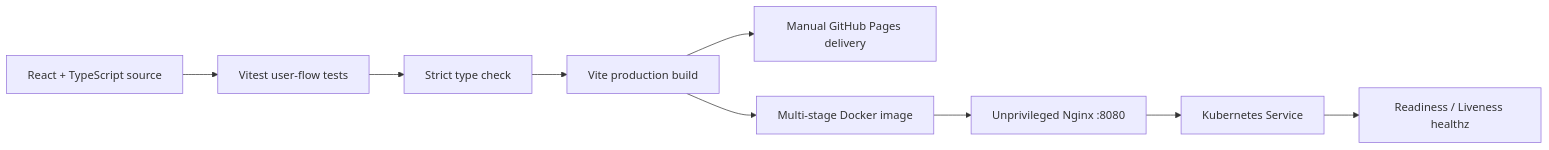
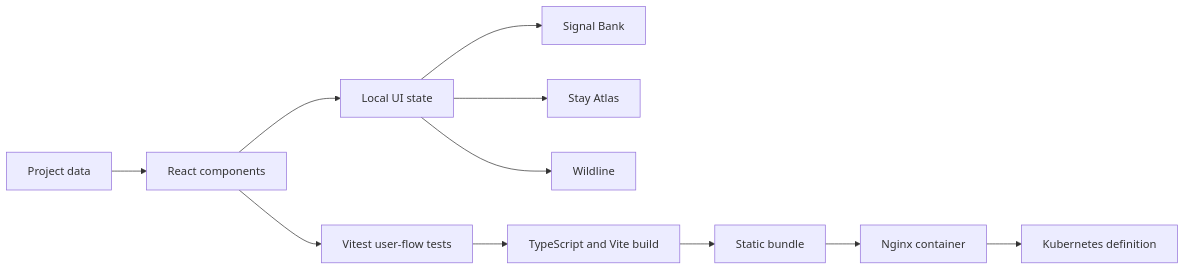
The diagram in README.md (taeyoungk-dev/trending_pages), drawn with Mermaid before and after one commit. The commit also changed other lines of this file and 6 other files, not shown here.

````diff
--- a/README.md
+++ b/README.md
@@ -120,11 +142,13 @@
 ```mermaid
 flowchart LR
-  A[React + TypeScript source] --> B[Vitest user-flow tests]
-  B --> C[Strict type check]
-  C --> D[Vite production build]
-  D --> E[Manual GitHub Pages delivery]
-  D --> F[Multi-stage Docker image]
-  F --> G[Unprivileged Nginx :8080]
-  G --> H[Kubernetes Service]
-  H --> I[Readiness / Liveness healthz]
+  A[Project data] --> B[React components]
+  B --> C[Local UI state]
+  C --> D[Signal Bank]
+  C --> E[Stay Atlas]
+  C --> F[Wildline]
+  B --> G[Vitest user-flow tests]
+  G --> H[TypeScript and Vite build]
+  H --> I[Static bundle]
+  I --> J[Nginx container]
+  J --> K[Kubernetes definition]
 ```
````
